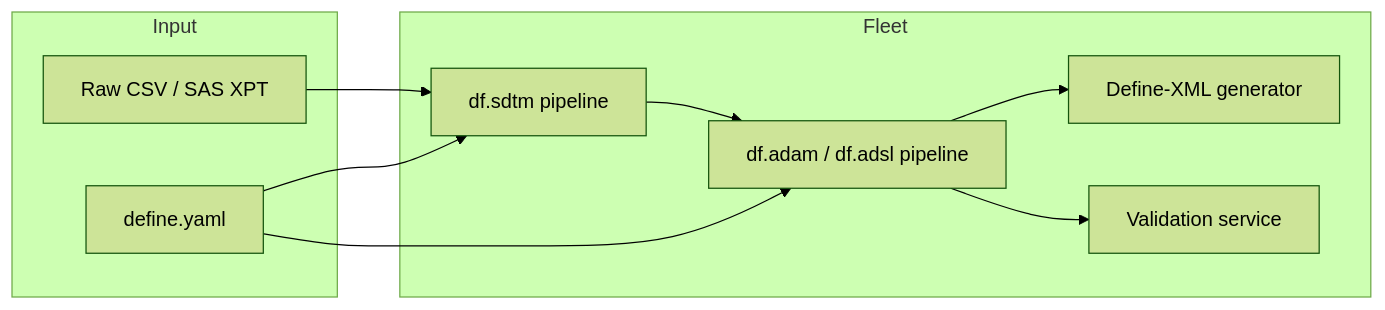
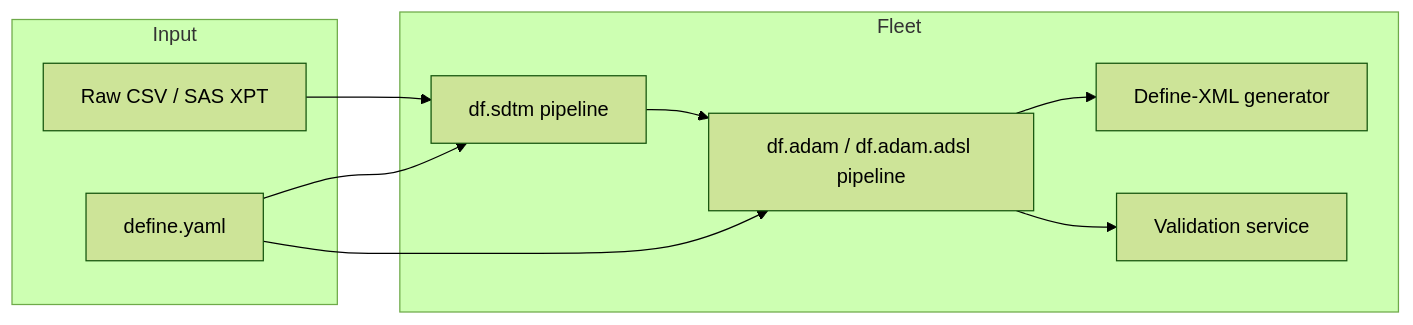
The diagram in docs/index.md (RealSlimMahdi/fleet-cdisc), drawn with Mermaid (forest theme) before and after one commit. The commit also changed other lines of this file and 28 other files, not shown here.

````diff
--- a/docs/index.md
+++ b/docs/index.md
@@ -64,19 +75,19 @@
 ```mermaid
 graph LR
     subgraph Input
         RAW[Raw CSV / SAS XPT]
         SPEC[define.yaml]
     end
     subgraph Fleet
         SDTM[df.sdtm pipeline]
-        ADAM[df.adam / df.adsl pipeline]
+        ADAM[df.adam / df.adam.adsl pipeline]
         XML[Define-XML generator]
         VAL[Validation service]
     end
     RAW --> SDTM
     SPEC --> SDTM
     SPEC --> ADAM
     SDTM --> ADAM
     ADAM --> XML
     ADAM --> VAL
 ```
````
